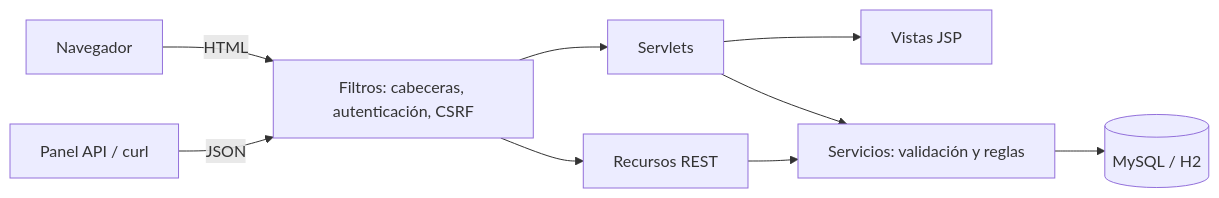
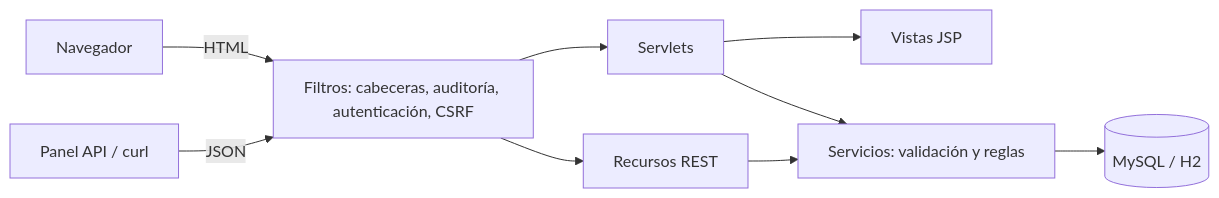
The diagram in README.md (alejandrorevillaEng/gestion-universitaria), drawn with Mermaid before and after one commit. The commit also changed other lines of this file and 13 other files, not shown here.

````diff
--- a/README.md
+++ b/README.md
@@ -42,11 +47,11 @@
 ```mermaid
 flowchart LR
   Navegador -->|HTML| Filtros
   JS[Panel API / curl] -->|JSON| Filtros
-  Filtros["Filtros: cabeceras, autenticación, CSRF"] --> Servlets
+  Filtros["Filtros: cabeceras, auditoría, autenticación, CSRF"] --> Servlets
   Filtros --> Jersey[Recursos REST]
   Servlets --> JSP[Vistas JSP]
   Servlets --> Servicios
   Jersey --> Servicios
   Servicios["Servicios: validación y reglas"] --> BD[(MySQL / H2)]
 ```
````
